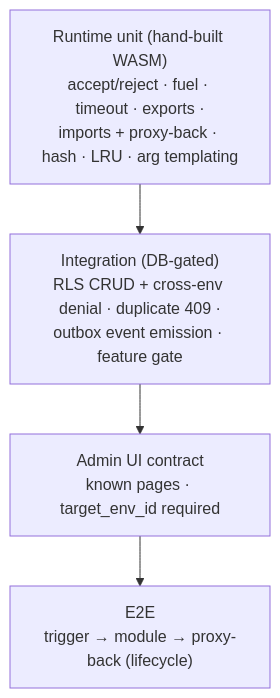
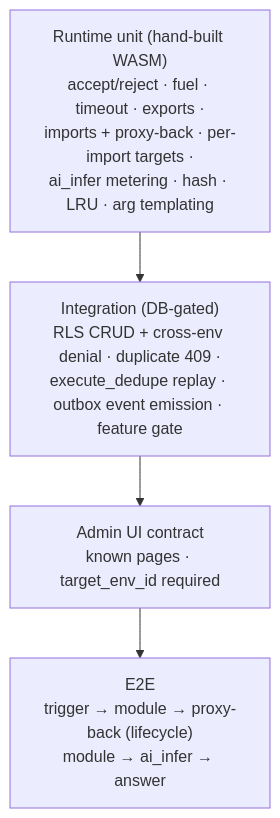
The tenth of 10 diagrams in DESIGN.md (Sentin8/sentin8-func), drawn with Mermaid before and after one commit. The commit also changed other lines of this file and 7 other files, not shown here.

First line of the commit message:
edge functions can call a model: ai_infer host function + per-import targets

````diff
--- a/DESIGN.md
+++ b/DESIGN.md
@@ -311,9 +434,9 @@
 ```mermaid
 graph TD
-    U["Runtime unit (hand-built WASM)<br/>accept/reject · fuel · timeout · exports ·<br/>imports + proxy-back · hash · LRU · arg templating"]
-    I["Integration (DB-gated)<br/>RLS CRUD + cross-env denial · duplicate 409 ·<br/>outbox event emission · feature gate"]
+    U["Runtime unit (hand-built WASM)<br/>accept/reject · fuel · timeout · exports ·<br/>imports + proxy-back · per-import targets ·<br/>ai_infer metering · hash · LRU · arg templating"]
+    I["Integration (DB-gated)<br/>RLS CRUD + cross-env denial · duplicate 409 ·<br/>execute_dedupe replay · outbox event emission · feature gate"]
     A["Admin UI contract<br/>known pages · target_env_id required"]
     U --> I --> A
-    E["E2E<br/>trigger → module → proxy-back (lifecycle)"]
+    E["E2E<br/>trigger → module → proxy-back (lifecycle)<br/>module → ai_infer → answer"]
     A --> E
 ```
````
